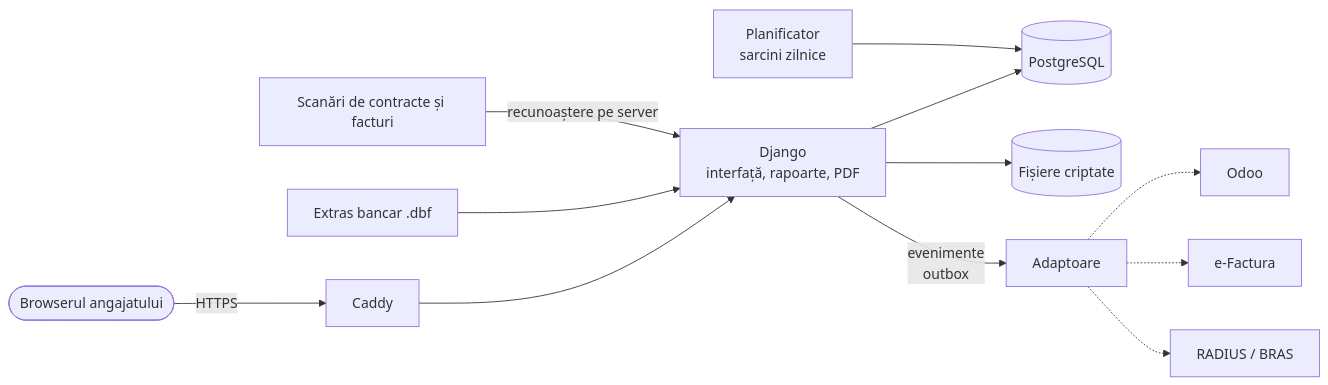
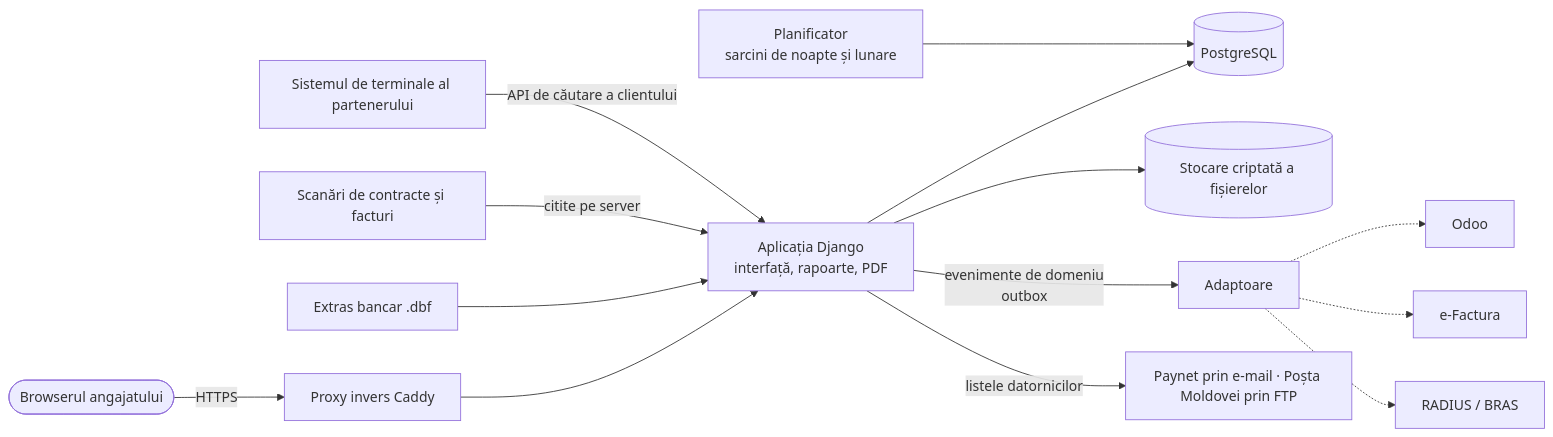
Before and after one commit to Madly222/network_billing: the diagram in README.ro.md, drawn with Mermaid. The commit also changed other lines of this file and 2 other files, not shown here.

````diff
--- a/README.ro.md
+++ b/README.ro.md
@@ -85,14 +124,16 @@
 ```mermaid
 flowchart LR
-  staff([Browserul angajatului]) -->|HTTPS| proxy[Caddy]
-  proxy --> app[Django<br/>interfață, rapoarte, PDF]
+  staff([Browserul angajatului]) -->|HTTPS| proxy[Proxy invers Caddy]
+  proxy --> app[Aplicația Django<br/>interfață, rapoarte, PDF]
   app --> db[(PostgreSQL)]
-  app --> files[(Fișiere criptate)]
-  scheduler[Planificator<br/>sarcini zilnice] --> db
-  app -->|evenimente<br/>outbox| adapters[Adaptoare]
+  app --> files[(Stocare criptată a fișierelor)]
+  scheduler[Planificator<br/>sarcini de noapte și lunare] --> db
+  app -->|evenimente de domeniu<br/>outbox| adapters[Adaptoare]
   adapters -.-> odoo[Odoo]
   adapters -.-> efactura[e-Factura]
   adapters -.-> radius[RADIUS / BRAS]
   bank[Extras bancar .dbf] --> app
-  scans[Scanări de contracte și facturi] -->|recunoaștere pe server| app
+  scans[Scanări de contracte și facturi] -->|citite pe server| app
+  app -->|listele datornicilor| partners[Paynet prin e-mail · Poșta Moldovei prin FTP]
+  terminals[Sistemul de terminale al partenerului] -->|API de căutare a clientului| app
 ```
````
